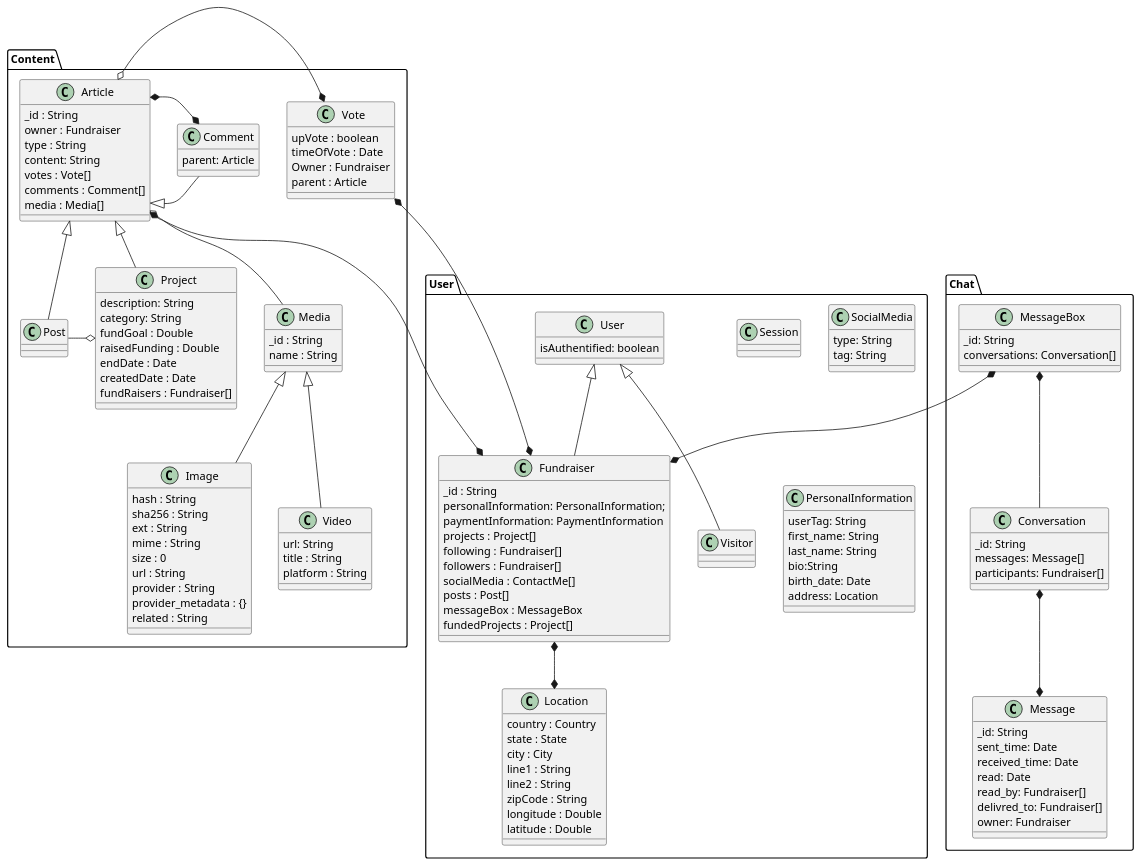
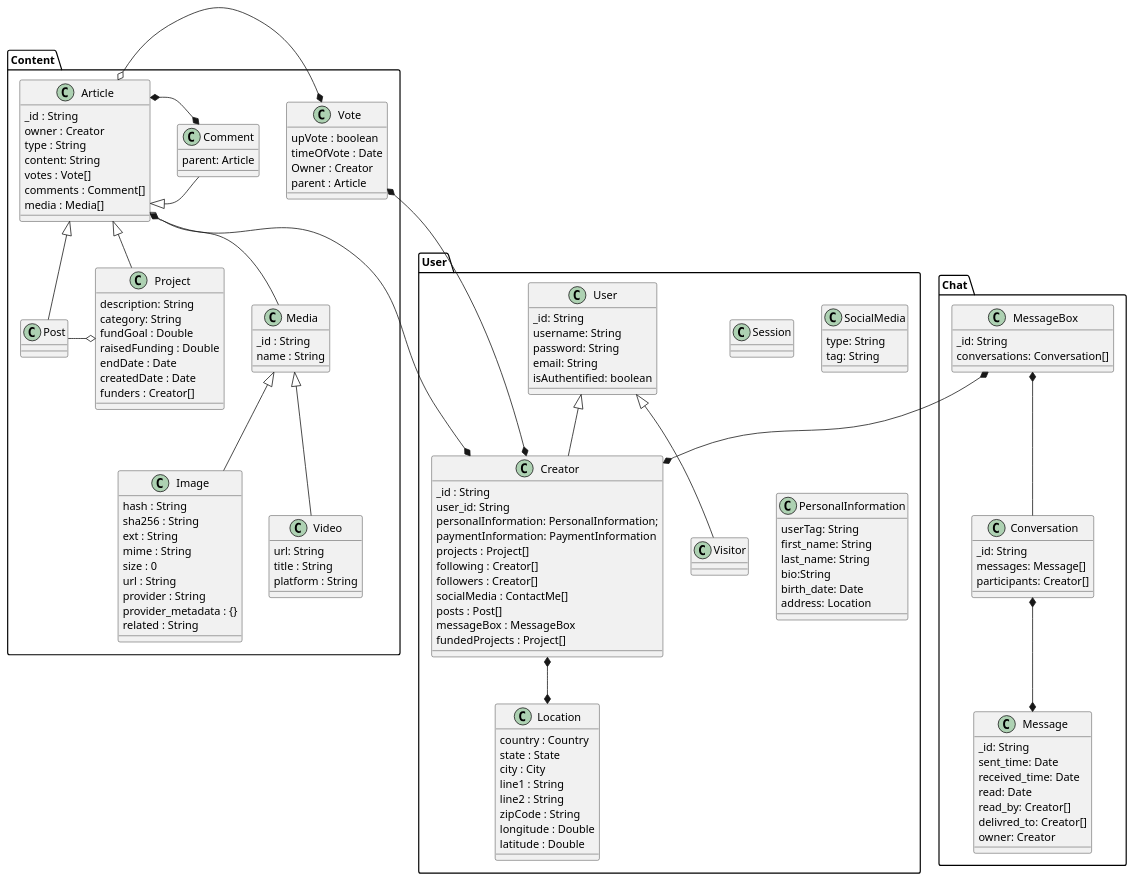
The diagram in Conception/Diagrams/plantUml/Class Diagrams/User.puml (mlnomadpy/Sahem), drawn with PlantUML before and after one commit. The commit also changed 38 other files, not shown here.

```diff
--- a/Conception/Diagrams/plantUml/Class Diagrams/User.puml
+++ b/Conception/Diagrams/plantUml/Class Diagrams/User.puml
@@ -1,155 +1,160 @@
 @startuml User
 
 
 package Content{
     class Post extends Article{
     }
     class Vote{
         upVote : boolean
         timeOfVote : Date
-        Owner : Fundraiser
+        Owner : Creator
         parent : Article
     }
     class Project extends Article{
         description: String
         category: String
         fundGoal : Double
         raisedFunding : Double
         endDate : Date
         createdDate : Date
-        fundRaisers : Fundraiser[]
+        funders : Creator[]
     }
 
     class Comment extends Article{
         parent: Article
     }
     class Article{
         _id : String
-        owner : Fundraiser
+        owner : Creator
         type : String
         content: String
         votes : Vote[]
         comments : Comment[]
         media : Media[]
     }
     class Media{
         _id : String
         name : String
 
 
     }
     class Image extends Media{
         hash : String
         sha256 : String
         ext : String
         mime : String
         size : 0
         url : String
         provider : String
         provider_metadata : {}
         related : String
 
     }
     class Video extends Media{
         url: String
         title : String
         platform : String
     }
     Article o-* Vote
     Article *-right-* Comment
     Project o-left- Post
     Article o-- Media
 
 }
 package Chat {
 
     class MessageBox{
         _id: String
         conversations: Conversation[]
     }
     class Conversation{
         _id: String
         messages: Message[]
-        participants: Fundraiser[]
+        participants: Creator[]
     }
     class Message{
         _id: String
         sent_time: Date
         received_time: Date
         read: Date
-        read_by: Fundraiser[]
-        delivred_to: Fundraiser[]
-        owner: Fundraiser
+        read_by: Creator[]
+        delivred_to: Creator[]
+        owner: Creator
     }
 
 
 }
 
 package User{
 
     class User {
+        _id: String
+        username: String
+        password: String
+        email: String
         isAuthentified: boolean
     }
 
     class Session{
         ' _id: String
         ' address_ip: String
         ' visiting_time: Date
         ' leaving_time: Date
     }
 
-    class Fundraiser extends User{
+    class Creator extends User{
         _id : String
+        user_id: String
         personalInformation: PersonalInformation;
         paymentInformation: PaymentInformation
         projects : Project[]
-        following : Fundraiser[]
-        followers : Fundraiser[]
+        following : Creator[]
+        followers : Creator[]
         socialMedia : ContactMe[]
         posts : Post[]
         messageBox : MessageBox
         fundedProjects : Project[]
 
     }
     class Visitor extends User{
 
     }
     class Location{
         country : Country
         state : State
         city : City
         line1 : String
         line2 : String
         zipCode : String
         longitude : Double
         latitude : Double
     }
     class SocialMedia{
         type: String
         tag: String
     }
     class PersonalInformation{
         userTag: String
         first_name: String
         last_name: String
         bio:String
         birth_date: Date
         address: Location
 
     }
 }
 
 
 
-MessageBox  *--*  Fundraiser
+MessageBox  *--*  Creator
 
-Article  *--*  Fundraiser
+Article  *--*  Creator
 
-Fundraiser *--* Location
-Vote  *---*  Fundraiser
+Creator *--* Location
+Vote  *---*  Creator
 
 MessageBox  *-down-  Conversation
 Message  *-up-*  Conversation
 
 
 @enduml
```
